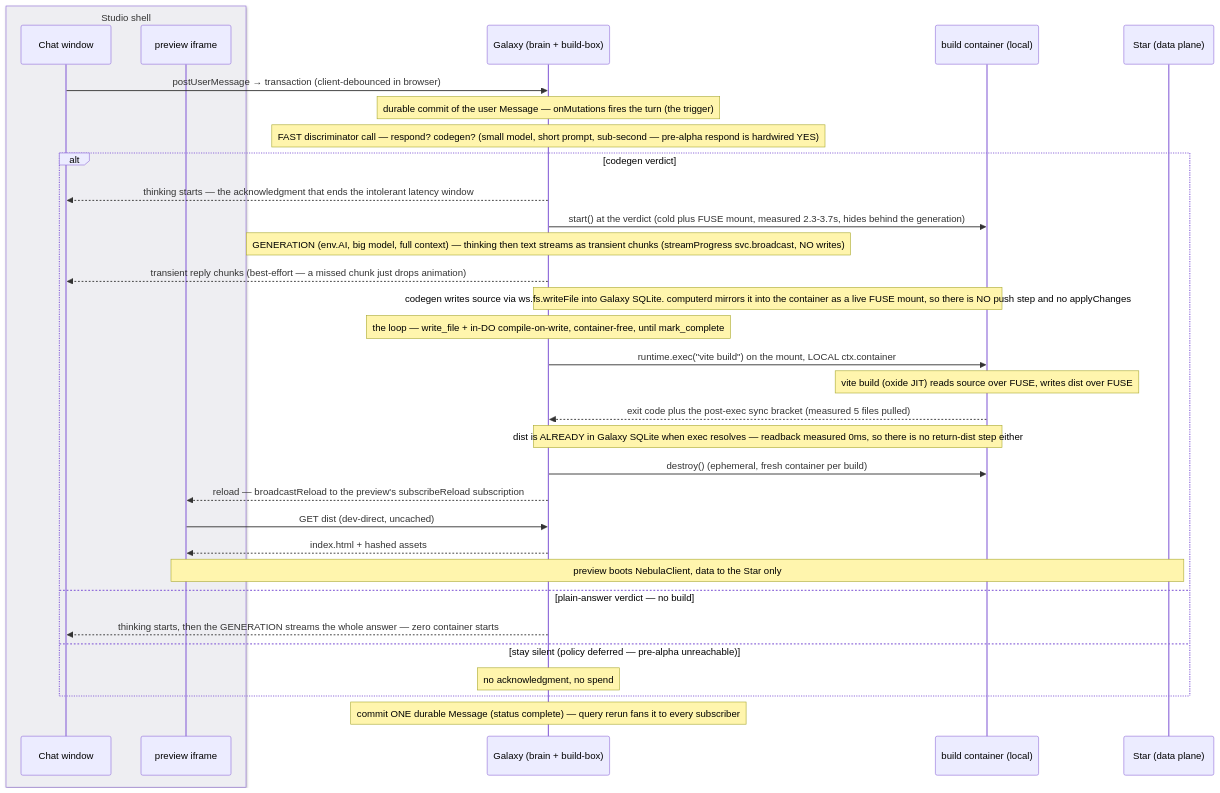
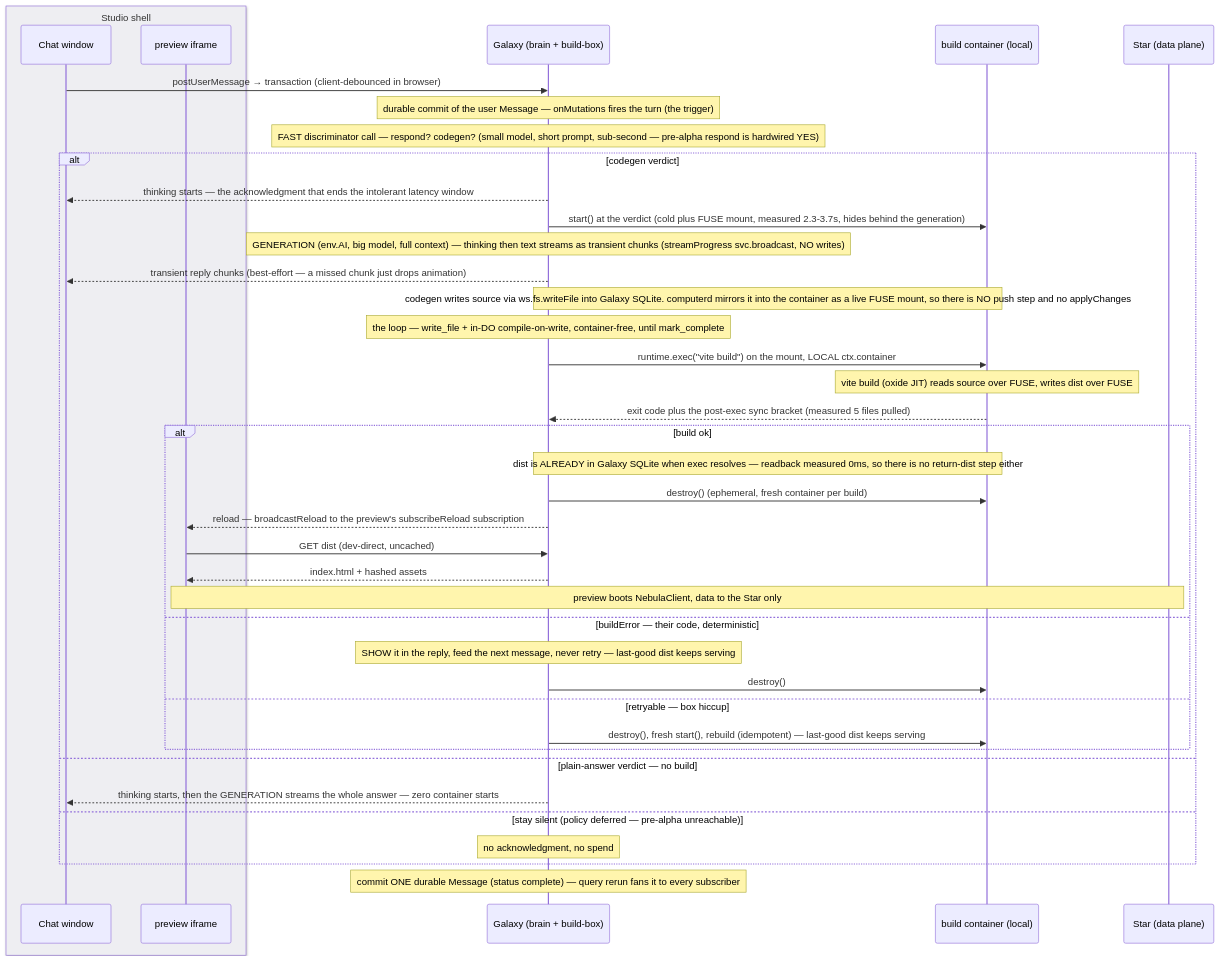
Before and after one commit to lumenize/lumenize: the first of 2 diagrams in tasks/nebula-galaxy-collapse-and-chat.md, drawn with Mermaid.

Commit message:
docs(collapse): the build-outcome alt inside the codegen branch (hand review)
The contract table pins the three-way result and calls the split
load-bearing; Phase 3's Confirm asserts all three legs; the diagram ran
the happy path only. Now nested: ok → dist/reload/preview; buildError →
shown, never retried, last-good served; retryable → fresh container
rebuild, last-good served.

````diff
--- a/tasks/nebula-galaxy-collapse-and-chat.md
+++ b/tasks/nebula-galaxy-collapse-and-chat.md
@@ -75,35 +75,42 @@
 ```mermaid
 sequenceDiagram
     box rgb(238,238,242) Studio shell
       participant Chat as Chat window
       participant P as preview iframe
     end
     participant G as Galaxy (brain + build-box)
     participant K as build container (local)
     participant Da as Star (data plane)
     Chat->>G: postUserMessage → transaction (client-debounced in browser)
     Note over G: durable commit of the user Message — onMutations fires the turn (the trigger)
     Note over G: FAST discriminator call — respond? codegen? (small model, short prompt, sub-second — pre-alpha respond is hardwired YES)
     alt codegen verdict
       G-->>Chat: thinking starts — the acknowledgment that ends the intolerant latency window
       G->>K: start() at the verdict (cold plus FUSE mount, measured 2.3-3.7s, hides behind the generation)
       Note over G: GENERATION (env.AI, big model, full context) — thinking then text streams as transient chunks (streamProgress svc.broadcast, NO writes)
       G-->>Chat: transient reply chunks (best-effort — a missed chunk just drops animation)
       Note over G,K: codegen writes source via ws.fs.writeFile into Galaxy SQLite. computerd mirrors it into the container as a live FUSE mount, so there is NO push step and no applyChanges
       Note over G: the loop — write_file + in-DO compile-on-write, container-free, until mark_complete
       G->>K: runtime.exec("vite build") on the mount, LOCAL ctx.container
       Note over K: vite build (oxide JIT) reads source over FUSE, writes dist over FUSE
       K-->>G: exit code plus the post-exec sync bracket (measured 5 files pulled)
-      Note over G,K: dist is ALREADY in Galaxy SQLite when exec resolves — readback measured 0ms, so there is no return-dist step either
-      G->>K: destroy() (ephemeral, fresh container per build)
-      G-->>P: reload — broadcastReload to the preview's subscribeReload subscription
-      P->>G: GET dist (dev-direct, uncached)
-      G-->>P: index.html + hashed assets
-      Note over P,Da: preview boots NebulaClient, data to the Star only
+      alt build ok
+        Note over G,K: dist is ALREADY in Galaxy SQLite when exec resolves — readback measured 0ms, so there is no return-dist step either
+        G->>K: destroy() (ephemeral, fresh container per build)
+        G-->>P: reload — broadcastReload to the preview's subscribeReload subscription
+        P->>G: GET dist (dev-direct, uncached)
+        G-->>P: index.html + hashed assets
+        Note over P,Da: preview boots NebulaClient, data to the Star only
+      else buildError — their code, deterministic
+        Note over G: SHOW it in the reply, feed the next message, never retry — last-good dist keeps serving
+        G->>K: destroy()
+      else retryable — box hiccup
+        G->>K: destroy(), fresh start(), rebuild (idempotent) — last-good dist keeps serving
+      end
     else plain-answer verdict — no build
       G-->>Chat: thinking starts, then the GENERATION streams the whole answer — zero container starts
     else stay silent (policy deferred — pre-alpha unreachable)
       Note over G: no acknowledgment, no spend
     end
     Note over G: commit ONE durable Message (status complete) — query rerun fans it to every subscriber
 ```
````
